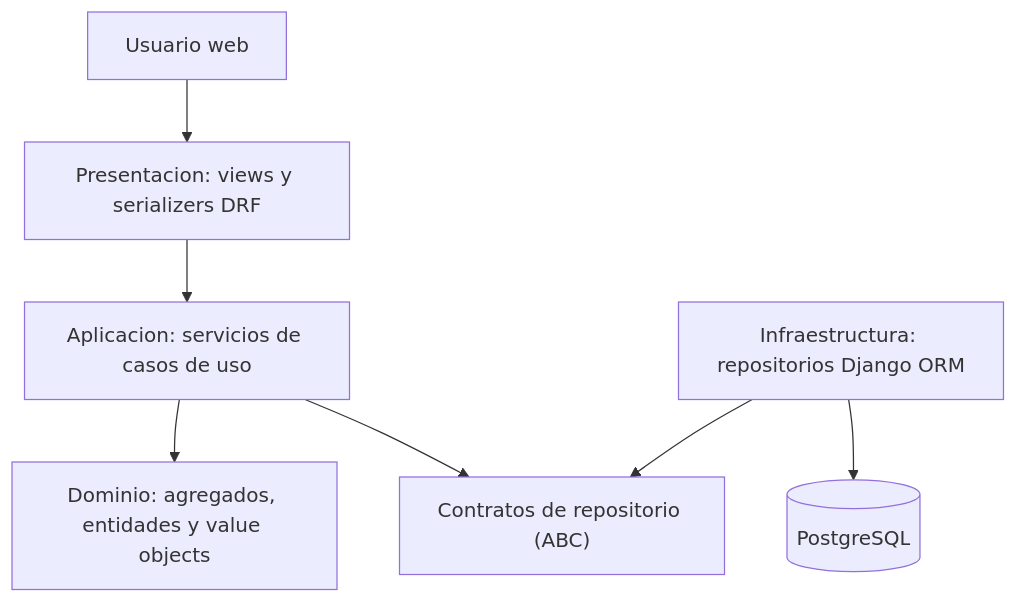
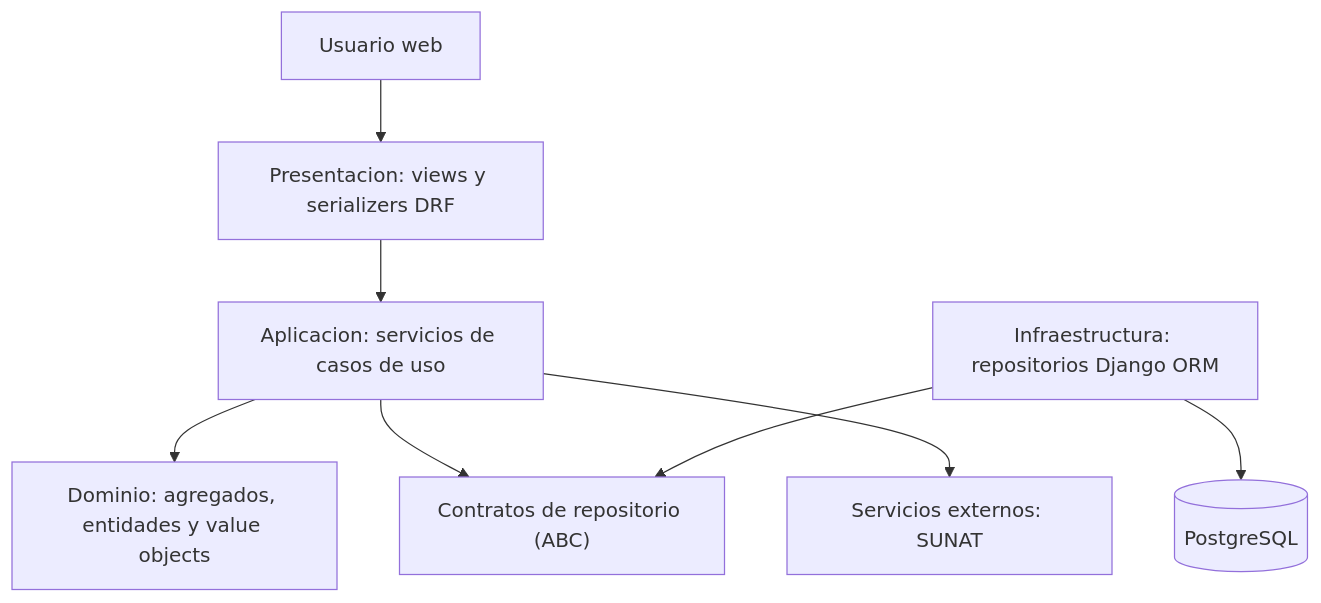
One commit to javierRock/SoftwareTextil changed the diagram in README.md. Above: the diagram before and after it, drawn with Mermaid. The commit also changed other lines of this file and 3 other files, not shown here.

````diff
--- a/README.md
+++ b/README.md
@@ -133,9 +68,10 @@
 ```mermaid
 flowchart TD
     Web["Usuario web"] --> Controllers["Presentacion: views y serializers DRF"]
     Controllers --> Services["Aplicacion: servicios de casos de uso"]
     Services --> Domain["Dominio: agregados, entidades y value objects"]
     Services --> Ports["Contratos de repositorio (ABC)"]
     Repositories["Infraestructura: repositorios Django ORM"] --> Ports
     Repositories --> DB[("PostgreSQL")]
+    Services --> External["Servicios externos: SUNAT"]
 ```
````
